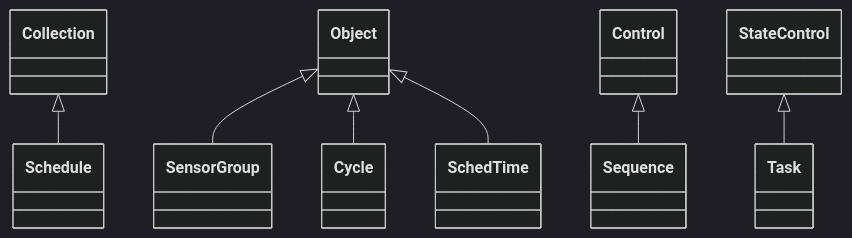
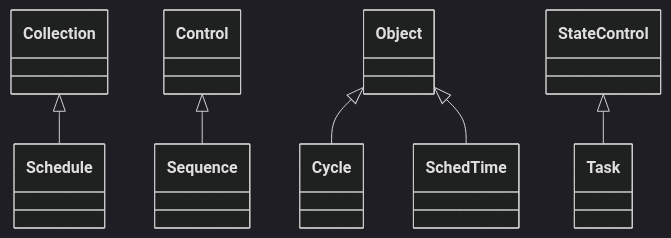
Before and after one commit to jbuehl/homealone: the second of 4 diagrams in docs/README.resources.md, drawn with Mermaid (dark theme). The commit also changed other lines of this file, not shown here.

Commit message:
Add diagrams

````diff
--- a/docs/README.resources.md
+++ b/docs/README.resources.md
@@ -84,9 +90,8 @@
 ```mermaid
 classDiagram
 	Collection <|-- Schedule
-	Object <|-- SensorGroup
 	Control <|-- Sequence
 	Object <|-- Cycle
 	StateControl <|-- Task
 	Object <|-- SchedTime
 ```
````
